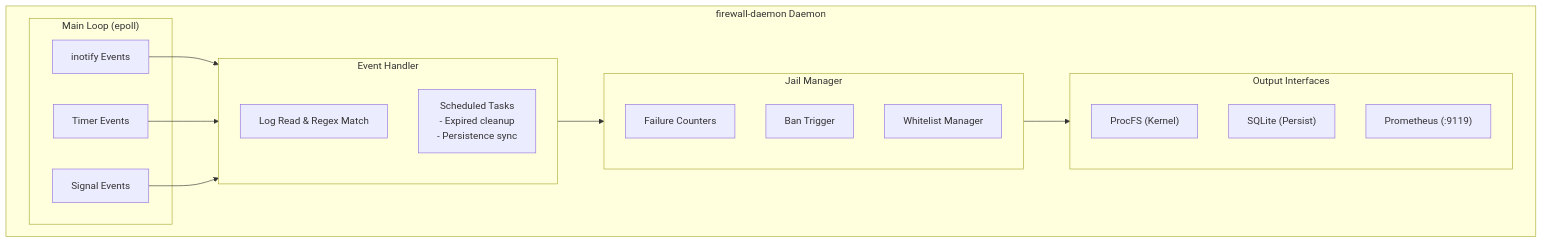
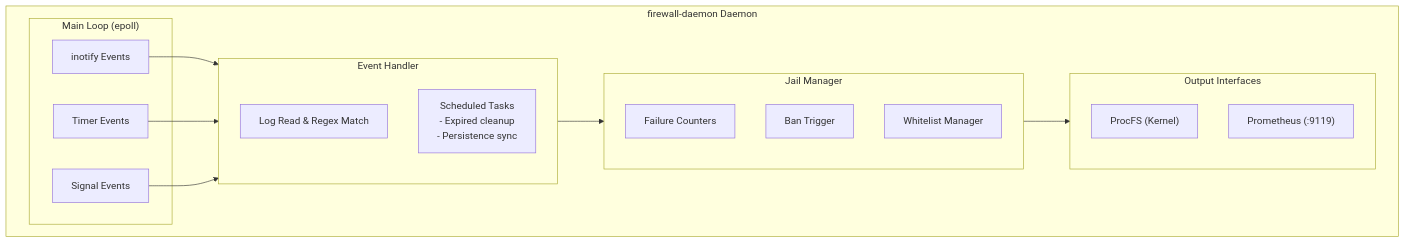
One commit to SnowCore8/linux-firewall-kmod changed the second of 7 diagrams in docs/en/architecture/daemon.md. Above: the diagram before and after it, drawn with Mermaid. The commit also changed other lines of this file and 39 other files, not shown here.

````diff
--- a/docs/en/architecture/daemon.md
+++ b/docs/en/architecture/daemon.md
@@ -95,33 +90,32 @@
 ```mermaid
 graph TB
     subgraph Daemon["firewall-daemon Daemon"]
         subgraph MainLoop["Main Loop (epoll)"]
             Inotify["inotify Events"]
             Timer["Timer Events"]
             Signal["Signal Events"]
         end
 
         subgraph EventHandler["Event Handler"]
             LogRead["Log Read & Regex Match"]
             ScheduledTasks["Scheduled Tasks<br/>- Expired cleanup<br/>- Persistence sync"]
         end
 
         subgraph JailManager["Jail Manager"]
             FailureCounters["Failure Counters"]
             BanTrigger["Ban Trigger"]
             WhitelistManager["Whitelist Manager"]
         end
 
         subgraph OutputInterfaces["Output Interfaces"]
             ProcFS["ProcFS (Kernel)"]
-            SQLite["SQLite (Persist)"]
             Prometheus["Prometheus (:9119)"]
         end
 
         Inotify --> EventHandler
         Timer --> EventHandler
         Signal --> EventHandler
         EventHandler --> JailManager
         JailManager --> OutputInterfaces
     end
 ```
````
